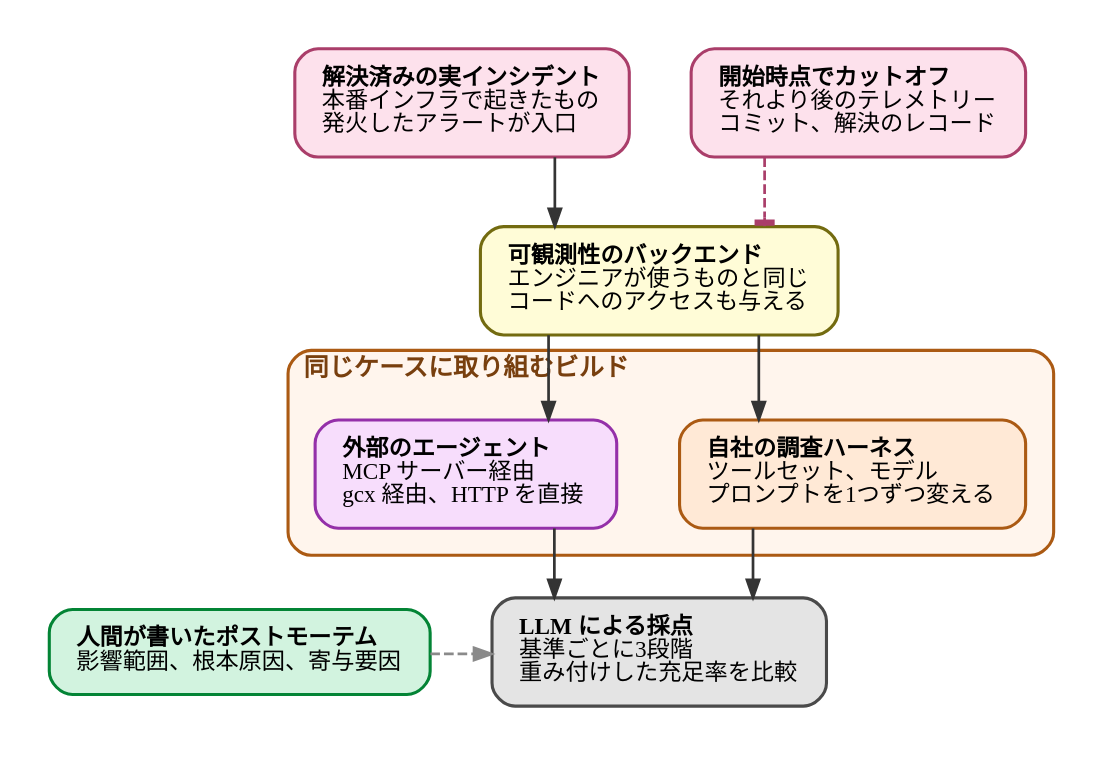
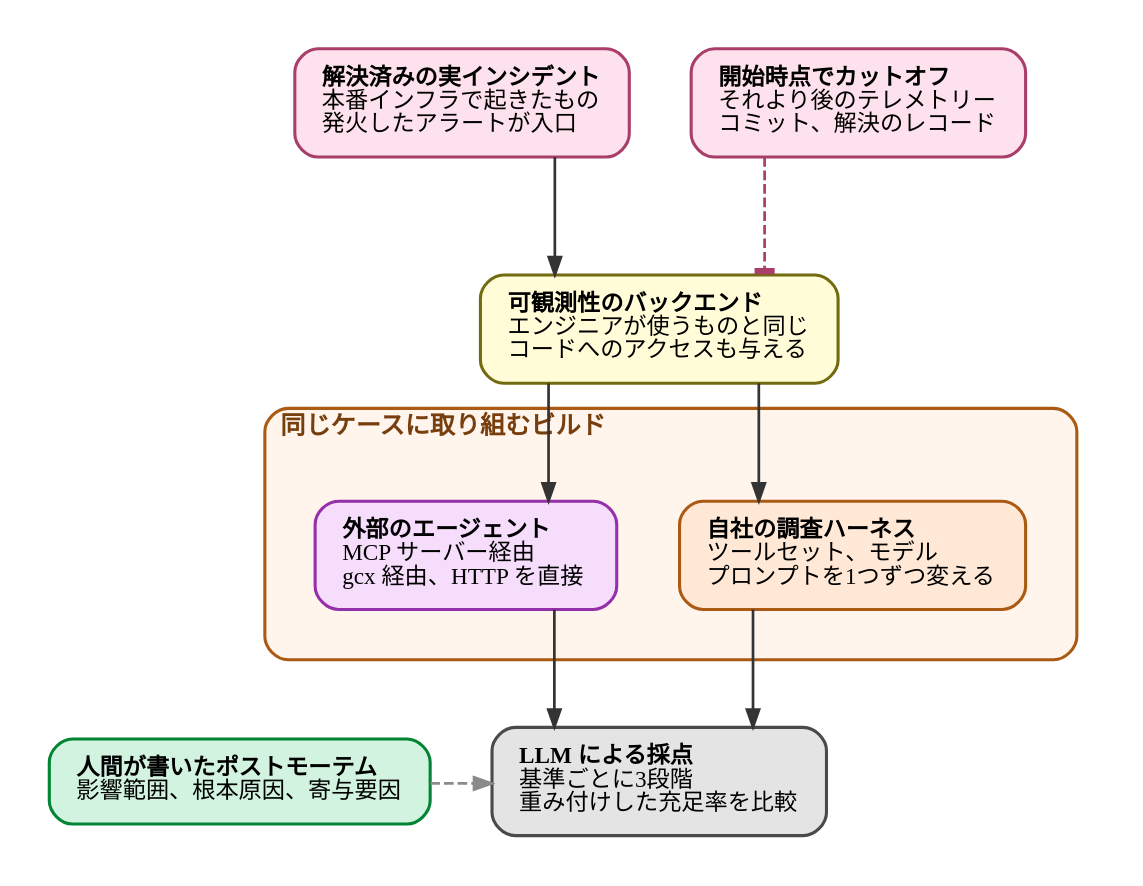
The diagram in diagrams/20261002-what-made-agents-better/20261002-arena.dot (ymotongpoo/zenn.dev), drawn with Graphviz before and after one commit. The commit also changed 9 other files, not shown here.

First line of the commit message:
fix(articles): 第三者査読で挙がった致命的な指摘を反映し図3を作り直す

```diff
--- a/diagrams/20261002-what-made-agents-better/20261002-arena.dot
+++ b/diagrams/20261002-what-made-agents-better/20261002-arena.dot
@@ -1,82 +1,86 @@
-// 記事「測ってみたら、モデルではなかった」用。
+// 記事「品質を動かしたのはツールとプロンプトだった」用。
 // アリーナの構成。同じ実インシデントを複数のビルドが調べ、
 // 人間が書いたポストモーテムを正解としてLLMが採点する。
 //
 // 証拠の流れは「バックエンド → ビルド」の向きで描く。カットオフは
 // バックエンドに対する遮断として置く（インシデント開始より後の証拠を通さない）。
 // ビルドから採点へ向かう辺とバックエンドへ向かう辺が交差しないよう、
 // 証拠の供給を上流に、採点を下流に配置している。
 //
 // 矢印のラベルは付けない（クラスタをまたぐ辺のラベルは枠線を跨ぐため）。
 // 矢印の意味はキャプションで宣言する。
+//
+// クラスタの margin を広げて、見出し「同じケースに取り組むビルド」の
+// 文字とノードの間に余白を作る。margin=14 では実線が見出しの文字を
+// 横切っていた（査読 R-12）。ポート指定で回避すると SELF-PASS-THROUGH になる。
 digraph arena {
   graph [
     fontname="IBM Plex Sans JP", fontsize=13,
     rankdir=TB,
     compound=true, splines=ortho,
-    nodesep=0.45, ranksep=0.5, pad=0.25,
+    nodesep=0.45, ranksep=0.85, pad=0.25,
     bgcolor="white", newrank=true
   ];
   node [
     fontname="IBM Plex Sans JP", fontsize=12,
     shape=box, style="rounded,filled",
     fillcolor="#F1F1F1", color="#4A4A4A", penwidth=1.6,
     margin="0.2,0.14"
   ];
   edge [
     fontname="IBM Plex Sans JP", fontsize=11,
     color="#343434", penwidth=1.4, arrowsize=0.9,
     fontcolor="#171717"
   ];
 
   incident [
     fillcolor="#FDE1EC", color="#AA3E6A",
     label=<<b>解決済みの実インシデント</b><br align="left"/>本番インフラで起きたもの<br align="left"/>発火したアラートが入口<br align="left"/>>
   ];
 
   cutoff [
     fillcolor="#FDE1EC", color="#AA3E6A",
     label=<<b>開始時点でカットオフ</b><br align="left"/>それより後のテレメトリー<br align="left"/>コミット、解決のレコード<br align="left"/>>
   ];
 
   backends [
     fillcolor="#FFFCD7", color="#736B10",
     label=<<b>可観測性のバックエンド</b><br align="left"/>エンジニアが使うものと同じ<br align="left"/>コードへのアクセスも与える<br align="left"/>>
   ];
 
   subgraph cluster_variants {
     label=<<b>同じケースに取り組むビルド</b>>;
-    style="rounded"; labeljust="l"; penwidth=1.6; margin=14;
+    style="rounded"; labeljust="l"; penwidth=1.6; margin=26;
     color="#AB5A13"; bgcolor="#FFF5ED"; fontcolor="#783F0E";
 
     own [
       fillcolor="#FFE9D6", color="#AB5A13",
       label=<<b>自社の調査ハーネス</b><br align="left"/>ツールセット、モデル<br align="left"/>プロンプトを1つずつ変える<br align="left"/>>
     ];
     external [
       fillcolor="#F7DDFC", color="#9430A9",
       label=<<b>外部のエージェント</b><br align="left"/>MCP サーバー経由<br align="left"/>gcx 経由、HTTP を直接<br align="left"/>>
     ];
   }
 
   judge [
     fillcolor="#E4E4E4", color="#4A4A4A",
     label=<<b>LLM による採点</b><br align="left"/>基準ごとに3段階<br align="left"/>重み付けした充足率を比較<br align="left"/>>
   ];
 
   postmortem [
     fillcolor="#D2F3DF", color="#038435",
     label=<<b>人間が書いたポストモーテム</b><br align="left"/>影響範囲、根本原因、寄与要因<br align="left"/>>
   ];
 
   incident -> backends;
   cutoff -> backends [arrowhead=tee, style=dashed, color="#AA3E6A"];
   backends -> own;
   backends -> external;
   own -> judge;
   external -> judge;
   postmortem -> judge [style=dashed, color="#8A8A8A"];
 
   { rank=same; incident; cutoff; }
   { rank=same; judge; postmortem; }
 }
```
